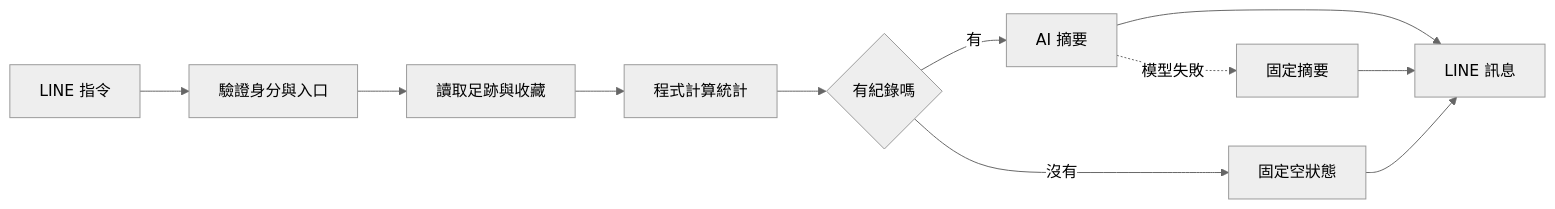
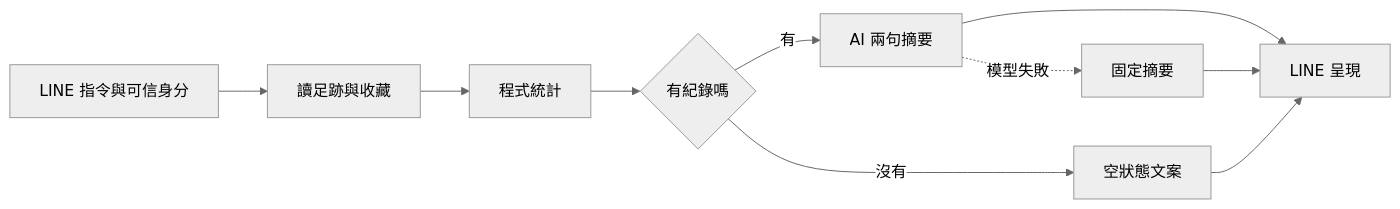
One commit to zonawang/line-cafe-google-adk changed the diagram in README.md. Above: the diagram before and after it, drawn with Mermaid (neutral theme). The commit also changed other lines of this file and 73 other files, not shown here.

````diff
--- a/README.md
+++ b/README.md
@@ -15,13 +9,12 @@
 ```mermaid
 flowchart LR
-    L[LINE 指令] --> R[驗證身分與入口]
-    R --> D[讀取足跡與收藏]
-    D --> S[程式計算統計]
+    L[LINE 指令與可信身分] --> D[讀足跡與收藏]
+    D --> S[程式統計]
     S --> C{有紀錄嗎}
-    C -->|有| A[AI 摘要]
-    C -->|沒有| E[固定空狀態]
-    A --> M[LINE 訊息]
+    C -->|有| A[AI 兩句摘要]
+    C -->|沒有| E[空狀態文案]
+    A --> M[LINE 呈現]
     A -.模型失敗.-> F[固定摘要]
     F --> M
     E --> M
 ```
````
